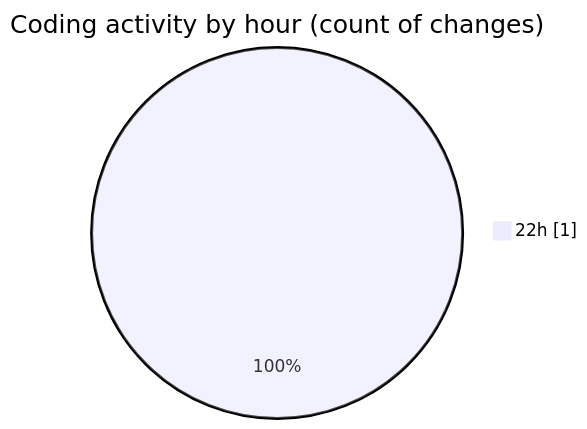
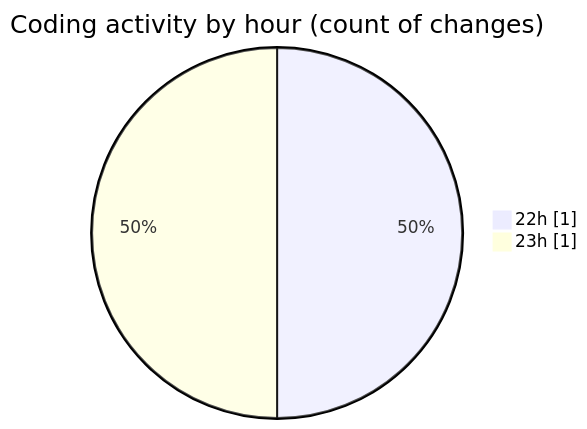
Before and after one commit to yexinjia/code-tracking: the second of 2 diagrams in 2026-09-10/mono-test/README.md, drawn with Mermaid. The commit also changed other lines of this file and 1 other file, not shown here.

````diff
--- a/2026-09-10/mono-test/README.md
+++ b/2026-09-10/mono-test/README.md
@@ -28,5 +29,6 @@
 ```mermaid
 pie showData
 title Coding activity by hour (count of changes)
 "22h" : 1
+"23h" : 1
 ```
````
